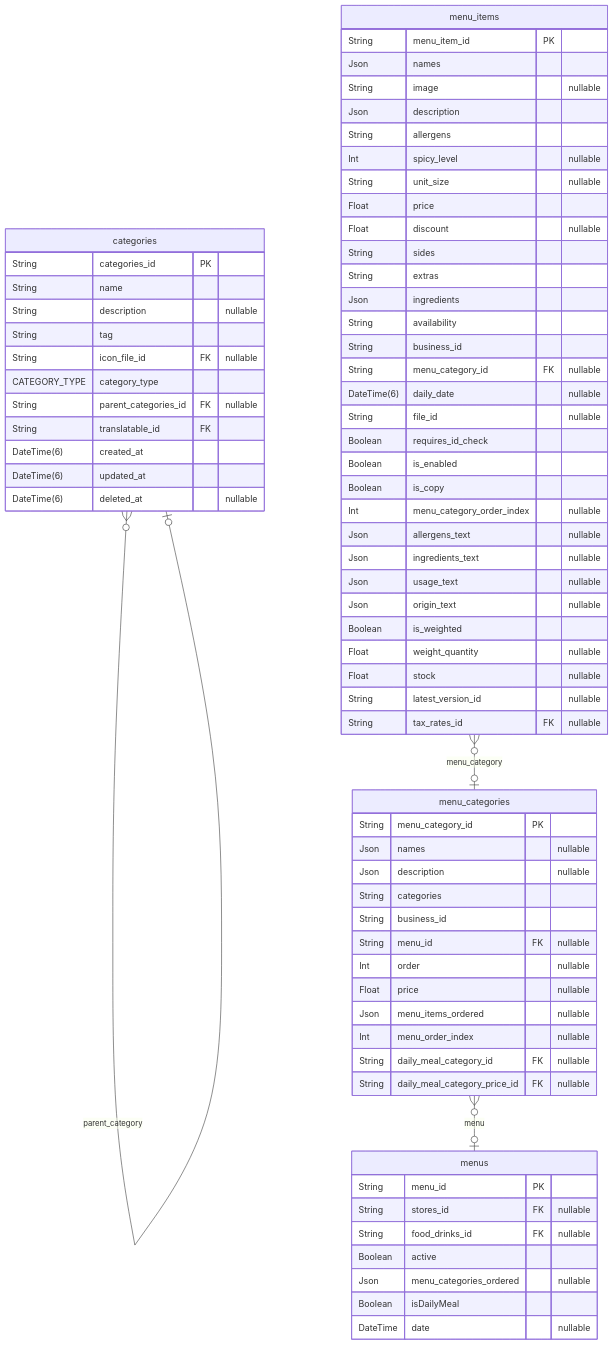
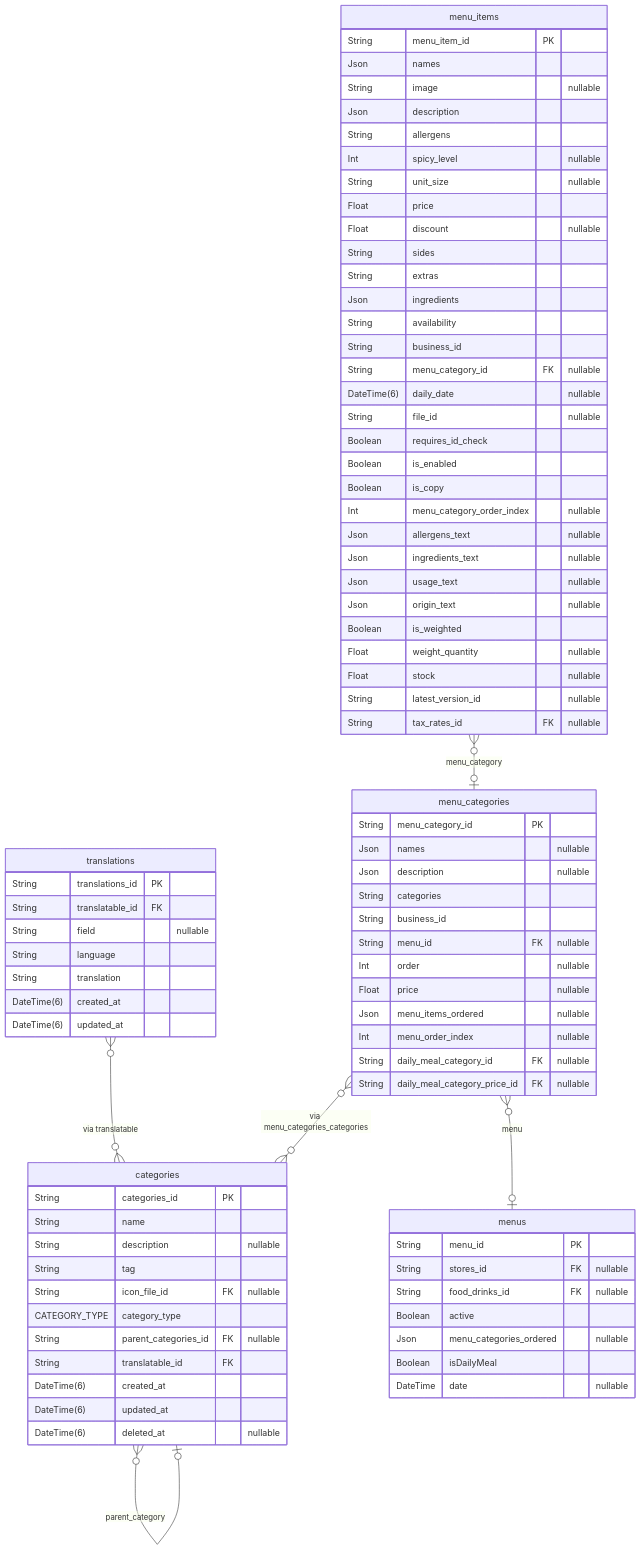
Diagram 22 of 37 in prisma/schemas/ERD.md (pbozic/be-analyisis), drawn with Mermaid before and after one commit. The commit also changed other lines of this file and 6 other files, not shown here.

Commit message:
feature: update to ERD generation with post-processing function

````diff
--- a/prisma/schemas/ERD.md
+++ b/prisma/schemas/ERD.md
@@ -5293,7 +5592,20 @@
   String latest_version_id "nullable"
   String tax_rates_id FK "nullable"
 }
+"translations" {
+  String translations_id PK
+  String translatable_id FK
+  String field "nullable"
+  String language
+  String translation
+  DateTime(6) created_at
+  DateTime(6) updated_at
+}
 "categories" }o--o| "categories" : parent_category
 "menu_categories" }o--o| "menus" : menu
 "menu_items" }o--o| "menu_categories" : menu_category
+
+"translations" }o--o{ "categories" : "via translatable"
+
+"menu_categories" }o--o{ "categories" : "via menu_categories_categories"
 ```
````
